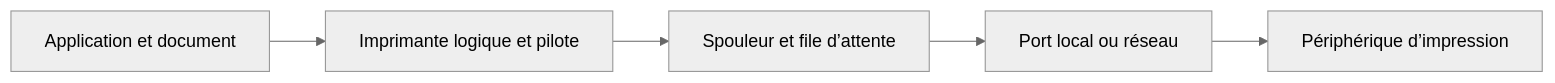
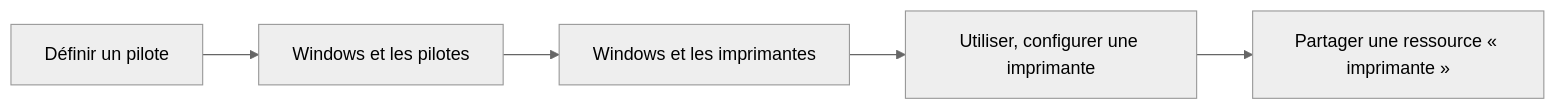
Before and after one commit to sk34pk25/tssr-cours: the second of 5 diagrams in docs/modules/02-systemes-clients-microsoft/module-09-les-pilotes-et-les-imprimantes.md, drawn with Mermaid (neutral theme). The commit also changed other lines of this file and 13 other files, not shown here.

````diff
--- a/docs/modules/02-systemes-clients-microsoft/module-09-les-pilotes-et-les-imprimantes.md
+++ b/docs/modules/02-systemes-clients-microsoft/module-09-les-pilotes-et-les-imprimantes.md
@@ -56,7 +82,12 @@
 ```mermaid
 flowchart LR
-    A["Application et document"] --> B["Imprimante logique et pilote"]
-    B --> C["Spouleur et file d’attente"]
-    C --> D["Port local ou réseau"]
-    D --> E["Périphérique d’impression"]
+    N1["Définir un pilote"]
+    N2["Windows et les pilotes"]
+    N3["Windows et les imprimantes"]
+    N4["Utiliser, configurer une imprimante"]
+    N5["Partager une ressource « imprimante »"]
+    N1 --> N2
+    N2 --> N3
+    N3 --> N4
+    N4 --> N5
 ```
````
